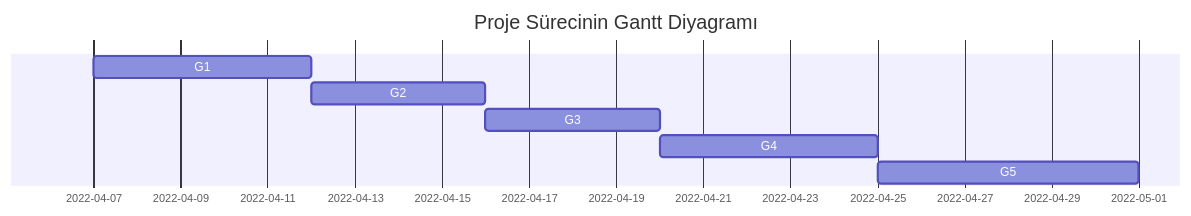
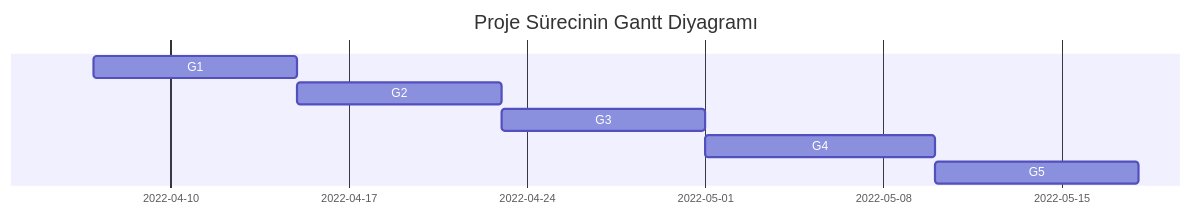
One commit to ondergormez/BLM3722_Software_Engineering changed the diagram in 03-Project/04-GanttDiagram/gantt.md. Above: the diagram before and after it, drawn with Mermaid.

Commit message:
Gantt changed

````diff
--- a/03-Project/04-GanttDiagram/gantt.md
+++ b/03-Project/04-GanttDiagram/gantt.md
@@ -1,10 +1,10 @@
 ```mermaid
 gantt
     title Proje Sürecinin Gantt Diyagramı
     dateFormat  YYYY-MM-DD
-    G1           : a1, 2022-04-07, 5d
-    G2           : a2, after a1, 4d
-    G3           : a3, after a2, 4d
-    G4           : a4, after a3, 5d
-    G5           : a5, after a4, 6d
+    G1           : a1, 2022-04-07, 8d
+    G2           : a2, after a1, 8d
+    G3           : a3, after a2, 8d
+    G4           : a4, after a3, 9d
+    G5           : a5, after a4, 8d
 ```
````
